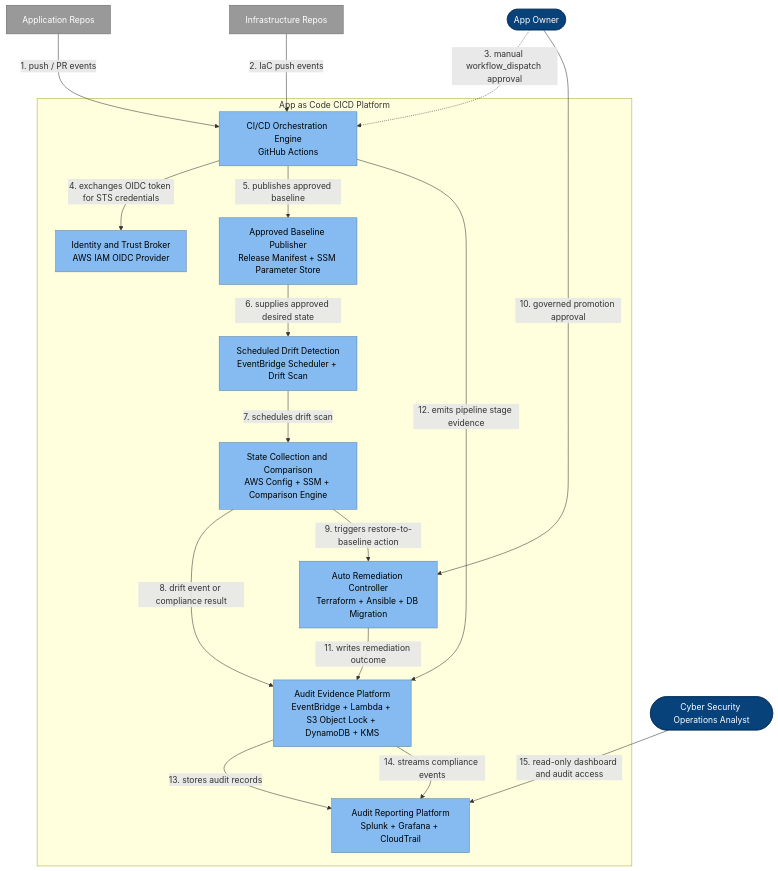
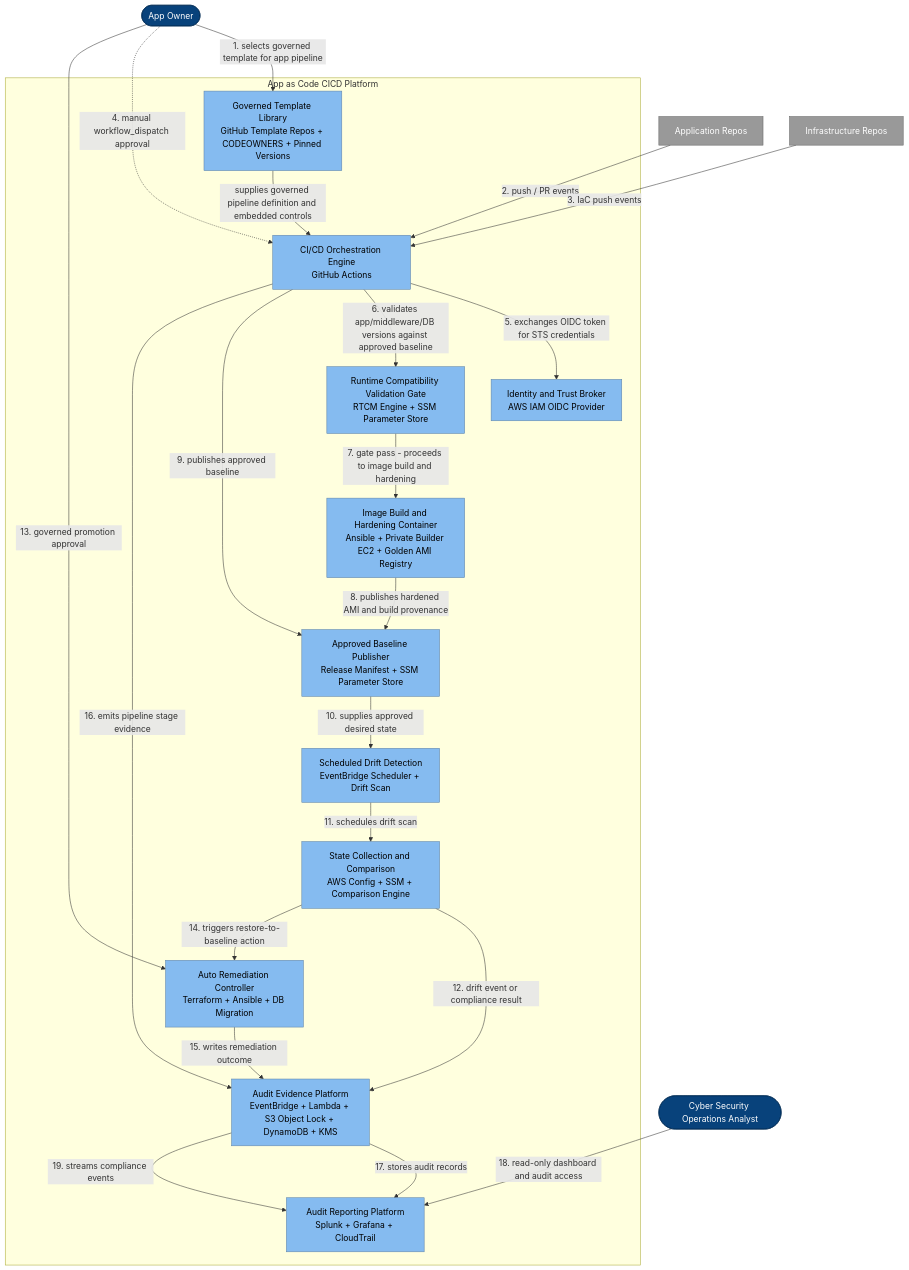
The diagram in architecture/c4-container-drawio.mmd (wingt903/CICD), drawn with Mermaid before and after one commit.

Commit message:
feat(architecture): add missing containers to C4 Level 2 diagram for req 003, 007, 008

```diff
--- a/architecture/c4-container-drawio.mmd
+++ b/architecture/c4-container-drawio.mmd
@@ -1,67 +1,83 @@
 graph TB
     %% C4 Container (Level 2) - draw.io compatible
 
     %% External actors
     appOwner([App Owner])
     auditor([Cyber Security Operations Analyst])
 
     %% External systems
     appRepos[Application Repos]
     infraRepos[Infrastructure Repos]
 
     %% System boundary
     subgraph cicd ["App as Code CICD Platform"]
+        templates[Governed Template Library
+GitHub Template Repos + CODEOWNERS + Pinned Versions]
         orch[CI/CD Orchestration Engine
 GitHub Actions]
         trust[Identity and Trust Broker
 AWS IAM OIDC Provider]
+        rtcm[Runtime Compatibility Validation Gate
+RTCM Engine + SSM Parameter Store]
+        imagebuild[Image Build and Hardening Container
+Ansible + Private Builder EC2 + Golden AMI Registry]
         baseline[Approved Baseline Publisher
 Release Manifest + SSM Parameter Store]
         drift[Scheduled Drift Detection
 EventBridge Scheduler + Drift Scan]
         compare[State Collection and Comparison
 AWS Config + SSM + Comparison Engine]
         remediate[Auto Remediation Controller
 Terraform + Ansible + DB Migration]
         evidence[Audit Evidence Platform
 EventBridge + Lambda + S3 Object Lock + DynamoDB + KMS]
         dashboards[Audit Reporting Platform
 Splunk + Grafana + CloudTrail]
     end
 
     %% External interactions
-    appRepos -->|1. push / PR events| orch
-    infraRepos -->|2. IaC push events| orch
-    appOwner -.->|3. manual workflow_dispatch approval| orch
-    appOwner -->|10. governed promotion approval| remediate
-    auditor -->|15. read-only dashboard and audit access| dashboards
+    appOwner -->|1. selects governed template for app pipeline| templates
+    appRepos -->|2. push / PR events| orch
+    infraRepos -->|3. IaC push events| orch
+    appOwner -.->|4. manual workflow_dispatch approval| orch
+    appOwner -->|13. governed promotion approval| remediate
+    auditor -->|18. read-only dashboard and audit access| dashboards
+
+    %% Template governance
+    templates -->|supplies governed pipeline definition and embedded controls| orch
 
     %% Internal interactions
-    orch -->|4. exchanges OIDC token for STS credentials| trust
-    orch -->|5. publishes approved baseline| baseline
-    baseline -->|6. supplies approved desired state| drift
-    drift -->|7. schedules drift scan| compare
-    compare -->|8. drift event or compliance result| evidence
-    compare -->|9. triggers restore-to-baseline action| remediate
-    remediate -->|11. writes remediation outcome| evidence
-    orch -->|12. emits pipeline stage evidence| evidence
-    evidence -->|13. stores audit records| dashboards
-    evidence -->|14. streams compliance events| dashboards
+    orch -->|5. exchanges OIDC token for STS credentials| trust
+    orch -->|6. validates app/middleware/DB versions against approved baseline| rtcm
+    rtcm -->|7. gate pass - proceeds to image build and hardening| imagebuild
+    imagebuild -->|8. publishes hardened AMI and build provenance| baseline
+    orch -->|9. publishes approved baseline| baseline
+    baseline -->|10. supplies approved desired state| drift
+    drift -->|11. schedules drift scan| compare
+    compare -->|12. drift event or compliance result| evidence
+    compare -->|14. triggers restore-to-baseline action| remediate
+    remediate -->|15. writes remediation outcome| evidence
+    orch -->|16. emits pipeline stage evidence| evidence
+    evidence -->|17. stores audit records| dashboards
+    evidence -->|19. streams compliance events| dashboards
 
     %% Styling - internal containers
+    style templates fill:#85BBF0,color:#000000,stroke:#5D82A8
     style orch fill:#85BBF0,color:#000000,stroke:#5D82A8
     style trust fill:#85BBF0,color:#000000,stroke:#5D82A8
+    style rtcm fill:#85BBF0,color:#000000,stroke:#5D82A8
+    style imagebuild fill:#85BBF0,color:#000000,stroke:#5D82A8
     style baseline fill:#85BBF0,color:#000000,stroke:#5D82A8
     style drift fill:#85BBF0,color:#000000,stroke:#5D82A8
     style compare fill:#85BBF0,color:#000000,stroke:#5D82A8
     style remediate fill:#85BBF0,color:#000000,stroke:#5D82A8
     style evidence fill:#85BBF0,color:#000000,stroke:#5D82A8
     style dashboards fill:#85BBF0,color:#000000,stroke:#5D82A8
 
     %% Styling - people
     style appOwner fill:#08427B,color:#ffffff,stroke:#052E56
     style auditor fill:#08427B,color:#ffffff,stroke:#052E56
 
     %% Styling - external systems
     style appRepos fill:#999999,color:#ffffff,stroke:#666666
     style infraRepos fill:#999999,color:#ffffff,stroke:#666666
```
